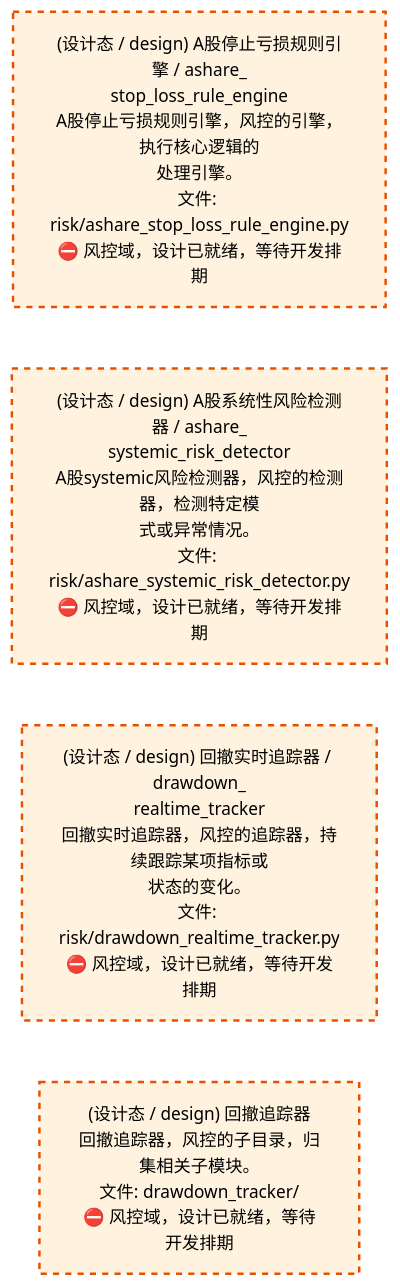
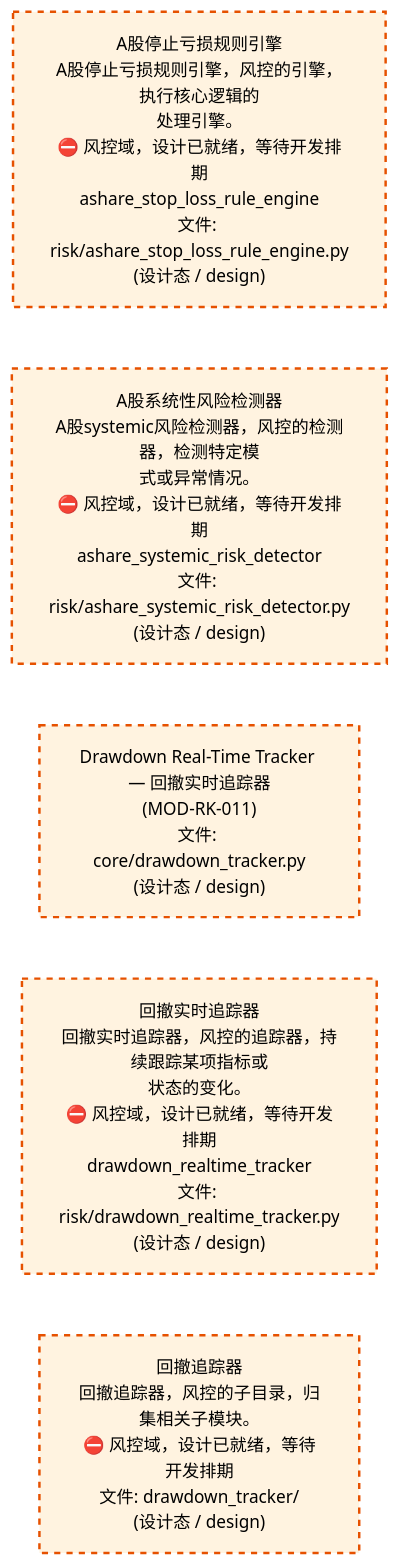
One commit to xuanFelixVan/ZephyrAlpha changed the third of 4 diagrams in docs/02_enterprise_architecture/02_domain_architecture_docs/65_d_risk.md. Above: the diagram before and after it, drawn with Mermaid. The commit also changed other lines of this file and 62 other files, not shown here.

````diff
--- a/docs/02_enterprise_architecture/02_domain_architecture_docs/65_d_risk.md
+++ b/docs/02_enterprise_architecture/02_domain_architecture_docs/65_d_risk.md
@@ -181,16 +183,18 @@
 ```mermaid
 %%{init: {'theme': 'base', 'themeVariables': {'primaryColor': '#eaeaea', 'primaryTextColor': '#333333', 'primaryBorderColor': '#666666', 'lineColor': '#666666', 'secondaryColor': '#eaeaea', 'tertiaryColor': '#eaeaea', 'fontSize': '14px'}}}%%
 flowchart TD
-    src_zephyr_risk_ashare_stop_loss_rule_engine_py["(设计态 / design) A股停止亏损规则引擎 / ashare_<br/>stop_loss_rule_engine<br/>A股停止亏损规则引擎，风控的引擎，执行核心逻辑的<br/>处理引擎。<br/>文件: risk/ashare_stop_loss_rule_engine.py<br/>⛔ 风控域，设计已就绪，等待开发排期"]
-    src_zephyr_risk_ashare_systemic_risk_detector_py["(设计态 / design) A股系统性风险检测器 / ashare_<br/>systemic_risk_detector<br/>A股systemic风险检测器，风控的检测器，检测特定模<br/>式或异常情况。<br/>文件: risk/ashare_systemic_risk_detector.py<br/>⛔ 风控域，设计已就绪，等待开发排期"]
-    src_zephyr_risk_drawdown_realtime_tracker_py["(设计态 / design) 回撤实时追踪器 / drawdown_<br/>realtime_tracker<br/>回撤实时追踪器，风控的追踪器，持续跟踪某项指标或<br/>状态的变化。<br/>文件: risk/drawdown_realtime_tracker.py<br/>⛔ 风控域，设计已就绪，等待开发排期"]
-    src_zephyr_risk_drawdown_tracker["(设计态 / design) 回撤追踪器<br/>回撤追踪器，风控的子目录，归集相关子模块。<br/>文件: drawdown_tracker/<br/>⛔ 风控域，设计已就绪，等待开发排期"]
+    src_zephyr_risk_ashare_stop_loss_rule_engine_py["A股停止亏损规则引擎<br/>A股停止亏损规则引擎，风控的引擎，执行核心逻辑的<br/>处理引擎。<br/>⛔ 风控域，设计已就绪，等待开发排期<br/>ashare_stop_loss_rule_engine<br/>文件: risk/ashare_stop_loss_rule_engine.py<br/>(设计态 / design)"]
+    src_zephyr_risk_ashare_systemic_risk_detector_py["A股系统性风险检测器<br/>A股systemic风险检测器，风控的检测器，检测特定模<br/>式或异常情况。<br/>⛔ 风控域，设计已就绪，等待开发排期<br/>ashare_systemic_risk_detector<br/>文件: risk/ashare_systemic_risk_detector.py<br/>(设计态 / design)"]
+    src_zephyr_risk_core_drawdown_tracker_py["Drawdown Real-Time Tracker — 回撤实时追踪器<br/>(MOD-RK-011)<br/>文件: core/drawdown_tracker.py<br/>(设计态 / design)"]
+    src_zephyr_risk_drawdown_realtime_tracker_py["回撤实时追踪器<br/>回撤实时追踪器，风控的追踪器，持续跟踪某项指标或<br/>状态的变化。<br/>⛔ 风控域，设计已就绪，等待开发排期<br/>drawdown_realtime_tracker<br/>文件: risk/drawdown_realtime_tracker.py<br/>(设计态 / design)"]
+    src_zephyr_risk_drawdown_tracker["回撤追踪器<br/>回撤追踪器，风控的子目录，归集相关子模块。<br/>⛔ 风控域，设计已就绪，等待开发排期<br/>文件: drawdown_tracker/<br/>(设计态 / design)"]
     src_zephyr_risk_ashare_stop_loss_rule_engine_py ~~~ src_zephyr_risk_ashare_systemic_risk_detector_py
-    src_zephyr_risk_ashare_systemic_risk_detector_py ~~~ src_zephyr_risk_drawdown_realtime_tracker_py
+    src_zephyr_risk_ashare_systemic_risk_detector_py ~~~ src_zephyr_risk_core_drawdown_tracker_py
+    src_zephyr_risk_core_drawdown_tracker_py ~~~ src_zephyr_risk_drawdown_realtime_tracker_py
     src_zephyr_risk_drawdown_realtime_tracker_py ~~~ src_zephyr_risk_drawdown_tracker
     classDef production fill:#e1f5fe,stroke:#01579b,stroke-width:2px,color:#000
     classDef design fill:#fff3e0,stroke:#e65100,stroke-width:2px,color:#000,stroke-dasharray: 5 5
     classDef external_prod fill:#e8f4fd,stroke:#0277bd,stroke-width:1px,color:#000
     classDef external_design fill:#fff8e7,stroke:#ef6c00,stroke-width:1px,color:#000,stroke-dasharray: 5 5
-    class src_zephyr_risk_ashare_stop_loss_rule_engine_py,src_zephyr_risk_ashare_systemic_risk_detector_py,src_zephyr_risk_drawdown_realtime_tracker_py,src_zephyr_risk_drawdown_tracker design
+    class src_zephyr_risk_ashare_stop_loss_rule_engine_py,src_zephyr_risk_ashare_systemic_risk_detector_py,src_zephyr_risk_core_drawdown_tracker_py,src_zephyr_risk_drawdown_realtime_tracker_py,src_zephyr_risk_drawdown_tracker design
 ```
````
